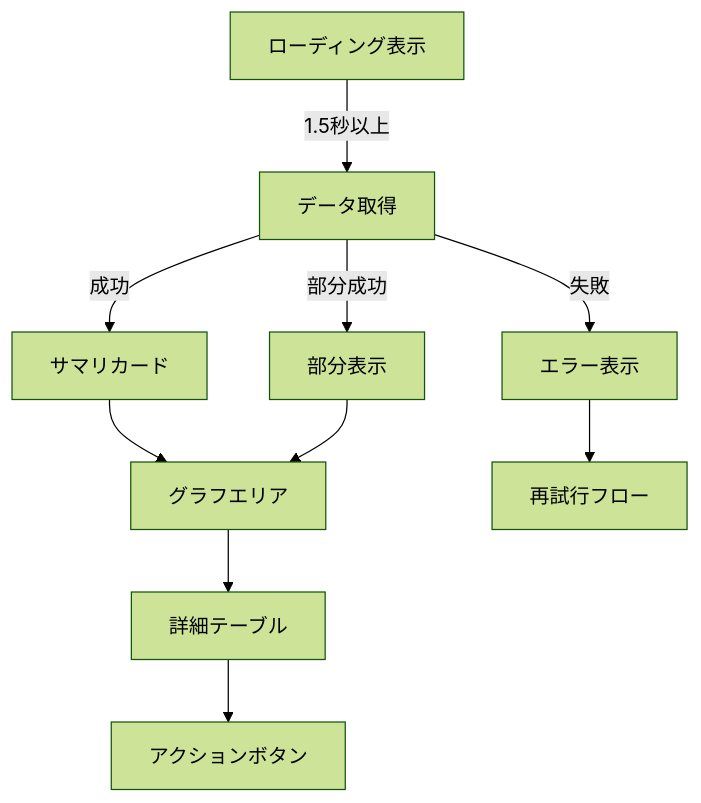
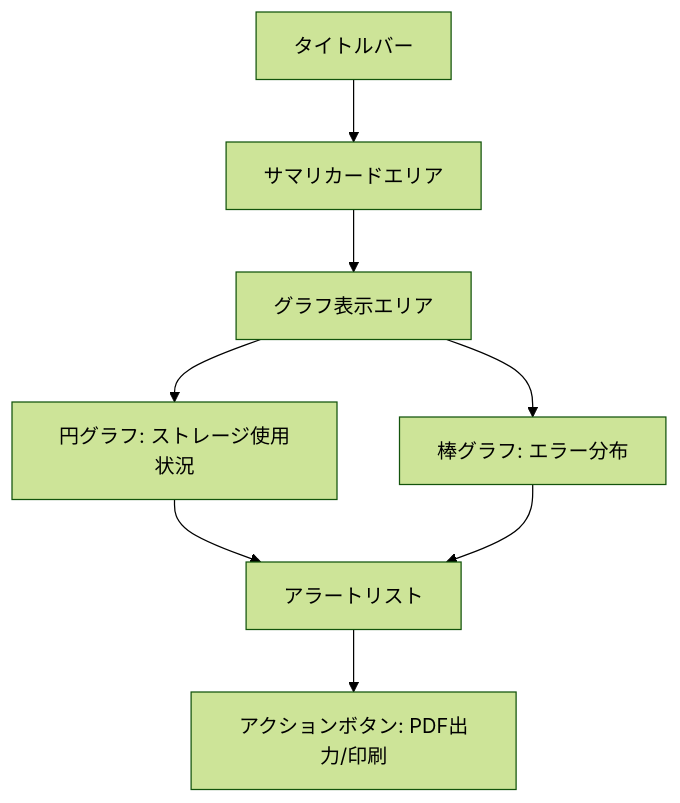
Before and after one commit to Kensan196948G/OneDriveforBusinessManagementSystem: the diagram in Doc/WebUI_仕様書_GenerateReport.md, drawn with Mermaid (forest theme). The commit also changed other lines of this file and 22 other files, not shown here.

````diff
--- a/Doc/WebUI_仕様書_GenerateReport.md
+++ b/Doc/WebUI_仕様書_GenerateReport.md
@@ -16,12 +15,10 @@
 ```mermaid
 graph TD
-    A[ローディング表示] -->|1.5秒以上| B[データ取得]
-    B -->|成功| C[サマリカード]
-    B -->|部分成功| D[部分表示]
-    B -->|失敗| E[エラー表示]
-    C --> F[グラフエリア]
-    D --> F
-    F --> G[詳細テーブル]
-    G --> H[アクションボタン]
-    E --> I[再試行フロー]
+    A[タイトルバー] --> B[サマリカードエリア]
+    B --> C[グラフ表示エリア]
+    C --> D[円グラフ: ストレージ使用状況]
+    C --> E[棒グラフ: エラー分布]
+    D --> F[アラートリスト]
+    E --> F
+    F --> G[アクションボタン: PDF出力/印刷]
 ```
````
